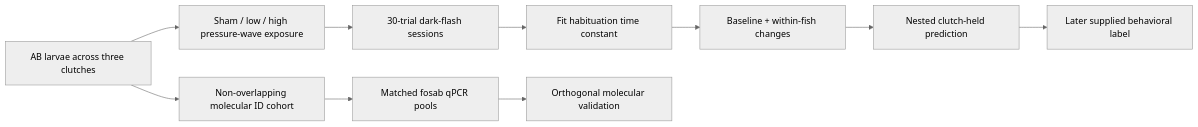
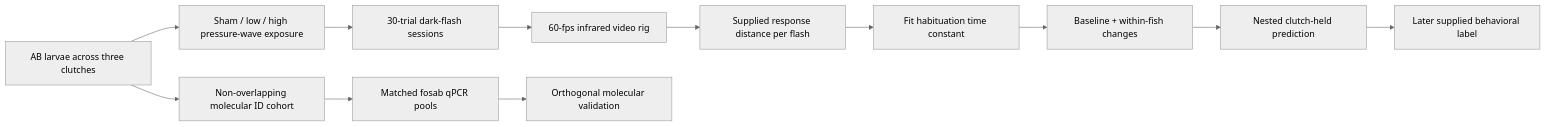
Before and after one commit to josephreggy23-coder/Behavioral-PTE: the diagram in README.md, drawn with Mermaid (neutral theme). The commit also changed other lines of this file and 3 other files, not shown here.

Commit message:
Document behavioral tracking and habituation analysis

````diff
--- a/README.md
+++ b/README.md
@@ -63,12 +65,14 @@
 ```mermaid
 flowchart LR
     A["AB larvae across three clutches"] --> B["Sham / low / high pressure-wave exposure"]
     B --> C["30-trial dark-flash sessions"]
-    C --> D["Fit habituation time constant"]
-    D --> E["Baseline + within-fish changes"]
-    E --> F["Nested clutch-held prediction"]
-    F --> G["Later supplied behavioral label"]
+    C --> D["60-fps infrared video rig"]
+    D --> E["Supplied response distance per flash"]
+    E --> F["Fit habituation time constant"]
+    F --> G["Baseline + within-fish changes"]
+    G --> K["Nested clutch-held prediction"]
+    K --> L["Later supplied behavioral label"]
     A --> H["Non-overlapping molecular ID cohort"]
     H --> I["Matched fosab qPCR pools"]
     I --> J["Orthogonal molecular validation"]
 ```
````
